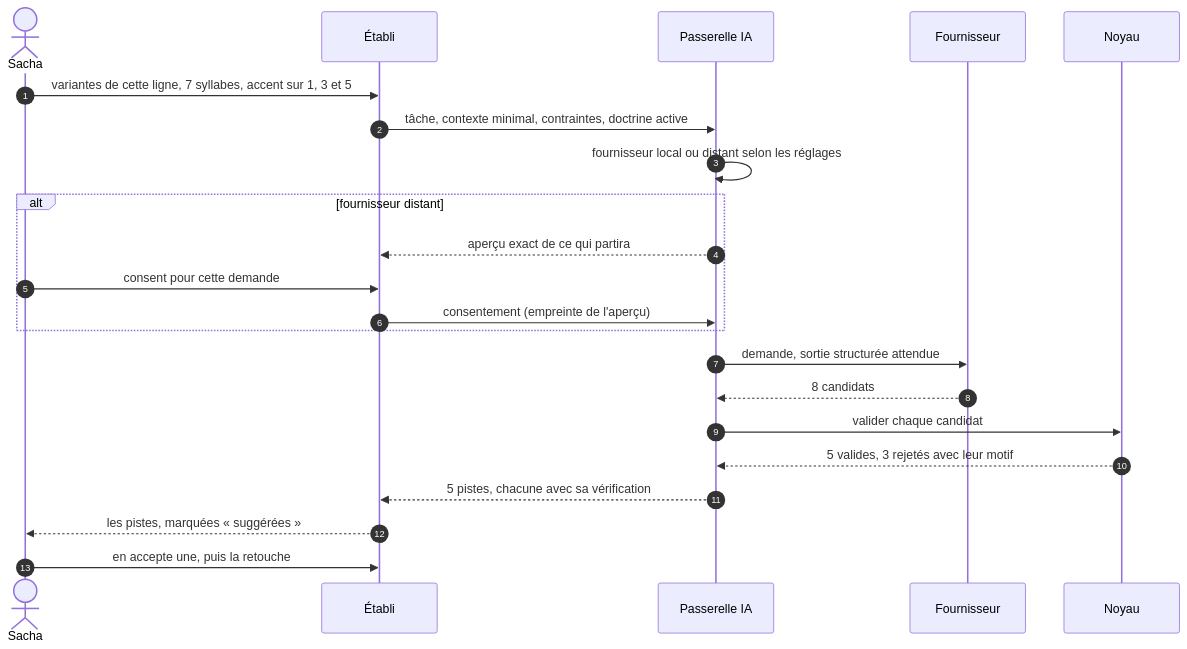
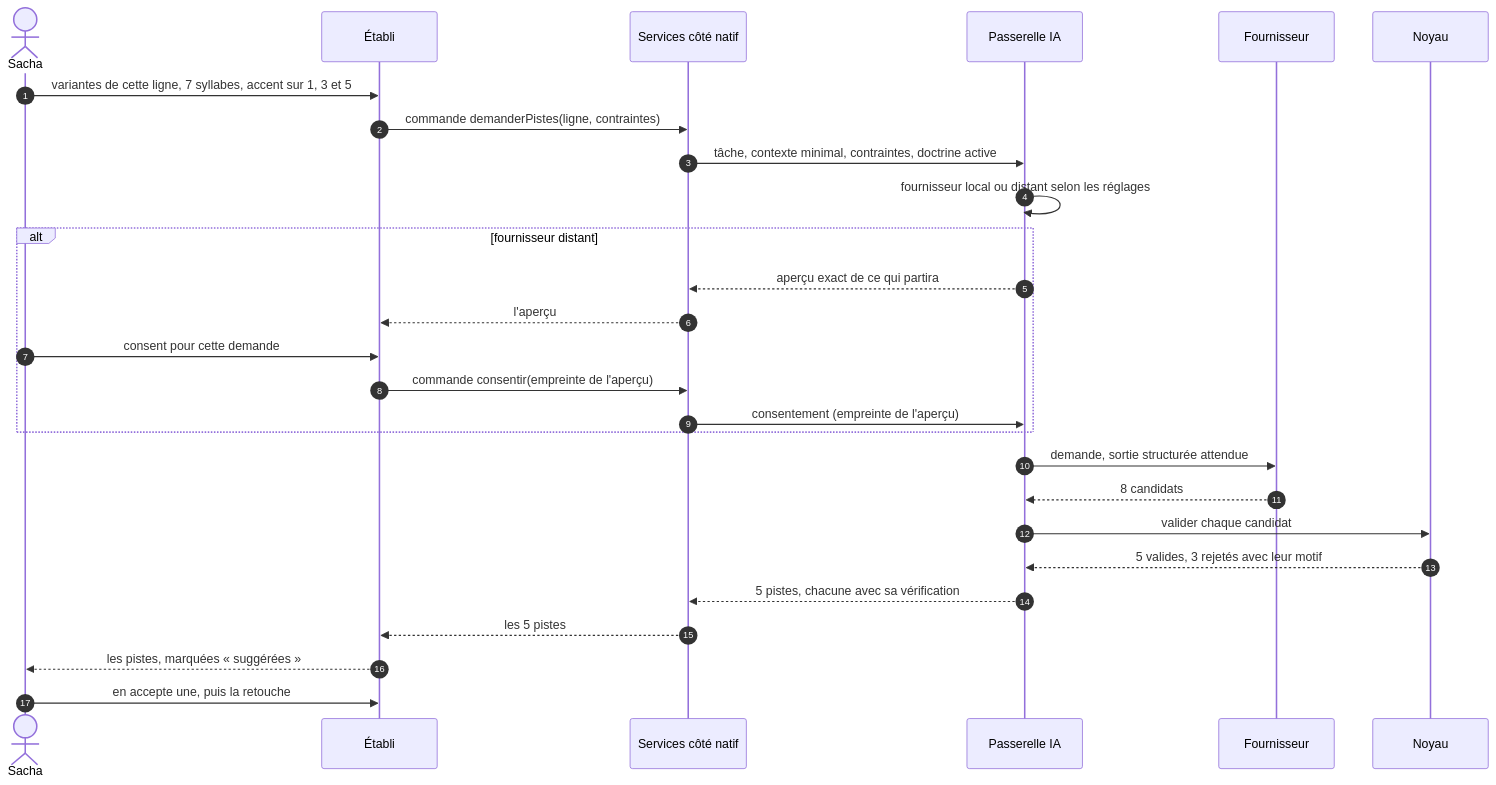
The seventh of 13 diagrams in docs/40-architecture.md (EdouardZemb/pupitre), drawn with Mermaid before and after one commit. The commit also changed other lines of this file and 24 other files, not shown here.

````diff
--- a/docs/40-architecture.md
+++ b/docs/40-architecture.md
@@ -239,24 +259,29 @@
 ```mermaid
 sequenceDiagram
   autonumber
   actor S as Sacha
   participant UI as Établi
+  participant SV as Services côté natif
   participant G as Passerelle IA
   participant F as Fournisseur
   participant NY as Noyau
   S->>UI: variantes de cette ligne, 7 syllabes, accent sur 1, 3 et 5
-  UI->>G: tâche, contexte minimal, contraintes, doctrine active
+  UI->>SV: commande demanderPistes(ligne, contraintes)
+  SV->>G: tâche, contexte minimal, contraintes, doctrine active
   G->>G: fournisseur local ou distant selon les réglages
   alt fournisseur distant
-    G-->>UI: aperçu exact de ce qui partira
+    G-->>SV: aperçu exact de ce qui partira
+    SV-->>UI: l'aperçu
     S->>UI: consent pour cette demande
-    UI->>G: consentement (empreinte de l'aperçu)
+    UI->>SV: commande consentir(empreinte de l'aperçu)
+    SV->>G: consentement (empreinte de l'aperçu)
   end
   G->>F: demande, sortie structurée attendue
   F-->>G: 8 candidats
   G->>NY: valider chaque candidat
   NY-->>G: 5 valides, 3 rejetés avec leur motif
-  G-->>UI: 5 pistes, chacune avec sa vérification
+  G-->>SV: 5 pistes, chacune avec sa vérification
+  SV-->>UI: les 5 pistes
   UI-->>S: les pistes, marquées « suggérées »
   S->>UI: en accepte une, puis la retouche
 ```
````
